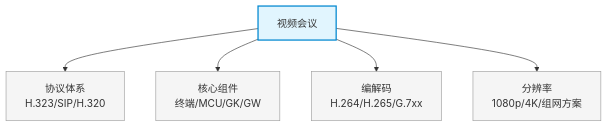
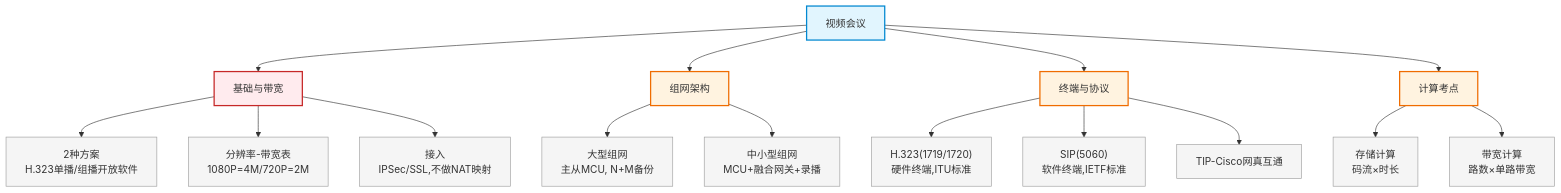
One commit to silverbulle/Network_Planning_and_Design changed the diagram in cloud-datacenter/16_video_conferencing.md. Above: the diagram before and after it, drawn with Mermaid. The commit also changed other lines of this file and 2 other files, not shown here.

````diff
--- a/cloud-datacenter/16_video_conferencing.md
+++ b/cloud-datacenter/16_video_conferencing.md
@@ -9,12 +8,37 @@
 ```mermaid
 flowchart TD
-    A["视频会议"] --> B["协议体系<br>H.323/SIP/H.320"]
-    A --> C["核心组件<br>终端/MCU/GK/GW"]
-    A --> D["编解码<br>H.264/H.265/G.7xx"]
-    A --> E["分辨率<br>1080p/4K/组网方案"]
+    A["视频会议"] --> B["基础与带宽"]
+    A --> C["组网架构"]
+    A --> D["终端与协议"]
+    A --> E["计算考点"]
+
+    B --> B1["2种方案<br>H.323单播/组播开放软件"]
+    B --> B2["分辨率-带宽表<br>1080P=4M/720P=2M"]
+    B --> B3["接入<br>IPSec/SSL,不做NAT映射"]
+
+    C --> C1["大型组网<br>主从MCU, N+M备份"]
+    C --> C2["中小型组网<br>MCU+融合网关+录播"]
+
+    D --> D1["H.323(1719/1720)<br>硬件终端,ITU标准"]
+    D --> D2["SIP(5060)<br>软件终端,IETF标准"]
+    D --> D3["TIP-Cisco网真互通"]
+
+    E --> E1["存储计算<br>码流×时长"]
+    E --> E2["带宽计算<br>路数×单路带宽"]
+
     style A fill:#e1f5fe,stroke:#0288d1,stroke-width:2px
-    style B fill:#f5f5f5,stroke:#9e9e9e
-    style C fill:#f5f5f5,stroke:#9e9e9e
-    style D fill:#f5f5f5,stroke:#9e9e9e
-    style E fill:#f5f5f5,stroke:#9e9e9e
+    style B fill:#ffebee,stroke:#c62828,stroke-width:2px
+    style C fill:#fff3e0,stroke:#ef6c00,stroke-width:2px
+    style D fill:#fff3e0,stroke:#ef6c00,stroke-width:2px
+    style E fill:#fff3e0,stroke:#ef6c00,stroke-width:2px
+    style B1 fill:#f5f5f5,stroke:#9e9e9e
+    style B2 fill:#f5f5f5,stroke:#9e9e9e
+    style B3 fill:#f5f5f5,stroke:#9e9e9e
+    style C1 fill:#f5f5f5,stroke:#9e9e9e
+    style C2 fill:#f5f5f5,stroke:#9e9e9e
+    style D1 fill:#f5f5f5,stroke:#9e9e9e
+    style D2 fill:#f5f5f5,stroke:#9e9e9e
+    style D3 fill:#f5f5f5,stroke:#9e9e9e
+    style E1 fill:#f5f5f5,stroke:#9e9e9e
+    style E2 fill:#f5f5f5,stroke:#9e9e9e
 ```
````
